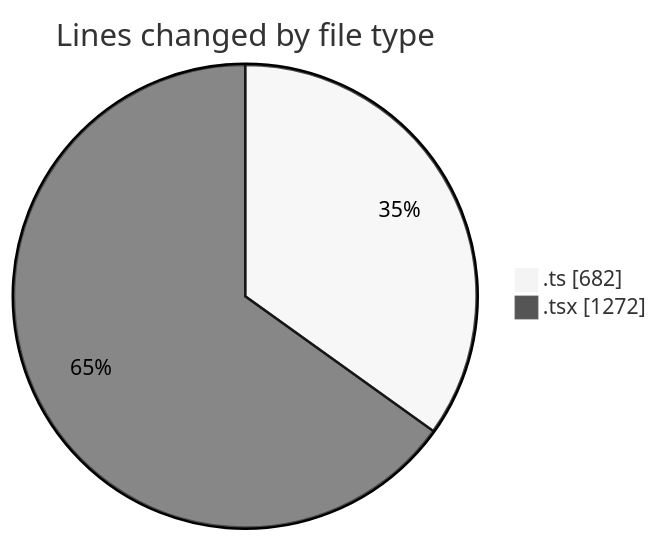
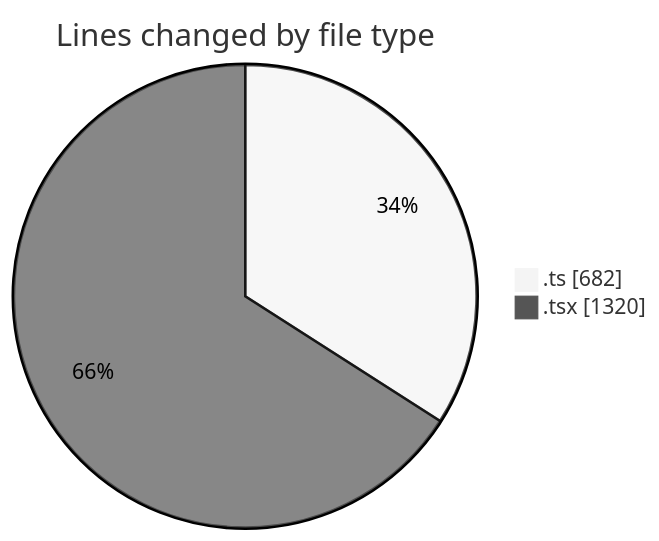
One commit to nxtqubesakshisongat/code-tracking changed the first of 2 diagrams in 2026-03-23/nxtqube_webapp/README.md. Above: the diagram before and after it, drawn with Mermaid (neutral theme). The commit also changed other lines of this file and 1 other file, not shown here.

````diff
--- a/2026-03-23/nxtqube_webapp/README.md
+++ b/2026-03-23/nxtqube_webapp/README.md
@@ -23,6 +23,6 @@
 ```mermaid
 pie showData
 title Lines changed by file type
 ".ts" : 682
-".tsx" : 1272
+".tsx" : 1320
 ```
````
